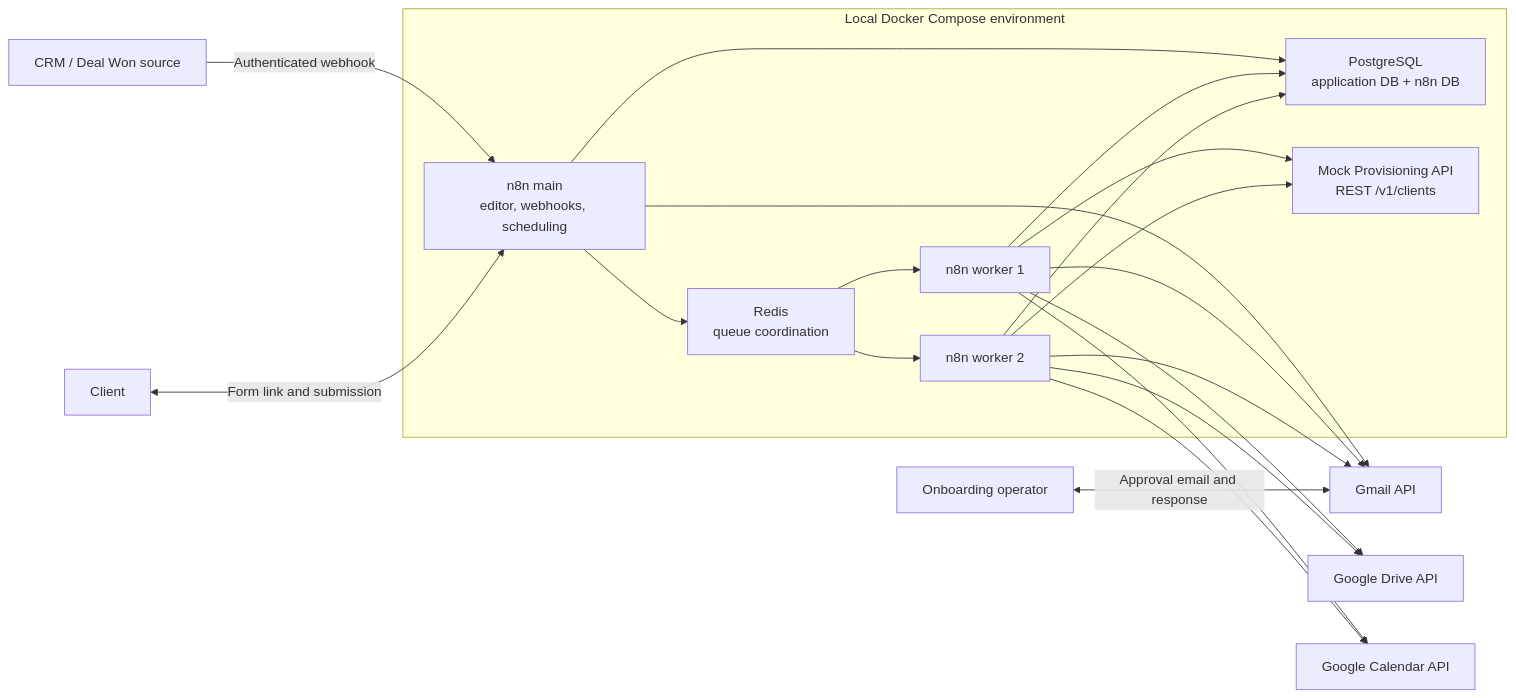
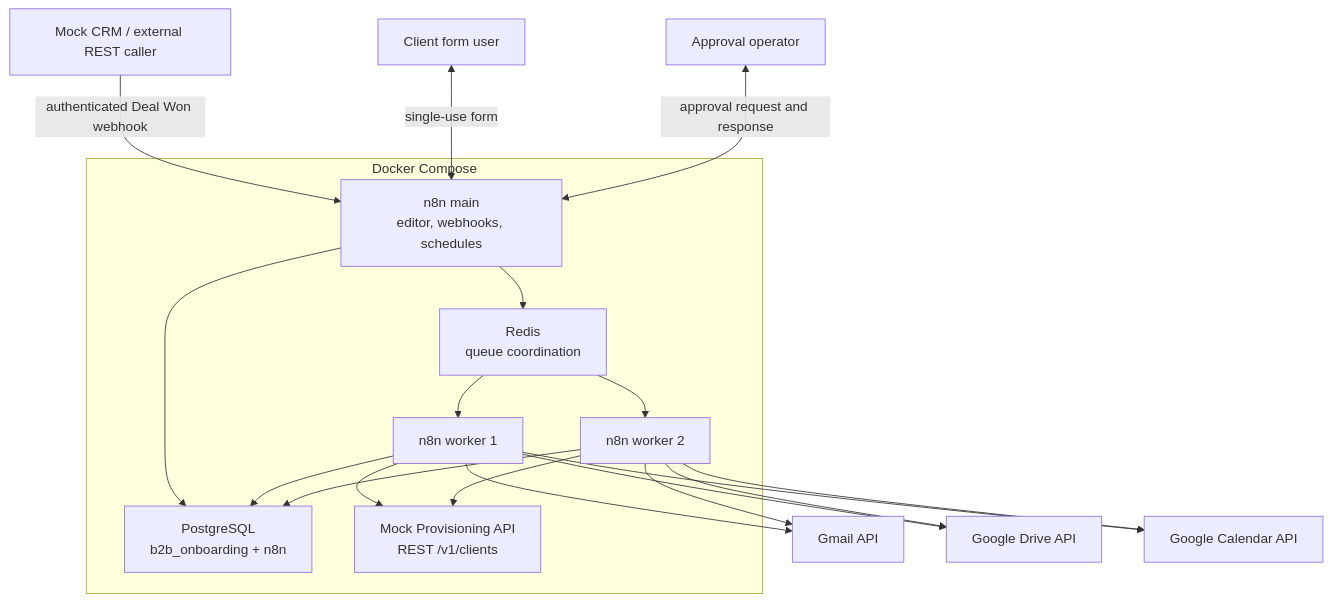
One commit to Pokhyl/b2b-client-onboarding-platform changed the second of 2 diagrams in README.md. Above: the diagram before and after it, drawn with Mermaid. The commit also changed other lines of this file, not shown here.

````diff
--- a/README.md
+++ b/README.md
@@ -88,32 +130,35 @@
 ```mermaid
-flowchart LR
-    CRM["CRM / Deal Won source"] -->|Authenticated webhook| MAIN
-    CLIENT["Client"] <-->|Form link and submission| MAIN
-    OPERATOR["Onboarding operator"] <-->|Approval email and response| GMAIL
+flowchart TB
+    CRM["Mock CRM / external REST caller"]
+    CLIENT["Client form user"]
+    OPERATOR["Approval operator"]
 
-    subgraph COMPOSE["Local Docker Compose environment"]
-        MAIN["n8n main\neditor, webhooks, scheduling"]
-        REDIS["Redis\nqueue coordination"]
-        WORKER1["n8n worker 1"]
-        WORKER2["n8n worker 2"]
-        PG["PostgreSQL\napplication DB + n8n DB"]
-        API["Mock Provisioning API\nREST /v1/clients"]
+    subgraph STACK["Docker Compose"]
+        MAIN["n8n main<br/>editor, webhooks, schedules"]
+        REDIS["Redis<br/>queue coordination"]
+        W1["n8n worker 1"]
+        W2["n8n worker 2"]
+        PG["PostgreSQL<br/>b2b_onboarding + n8n"]
+        MOCK["Mock Provisioning API<br/>REST /v1/clients"]
 
         MAIN --> REDIS
-        REDIS --> WORKER1
-        REDIS --> WORKER2
+        REDIS --> W1
+        REDIS --> W2
         MAIN --> PG
-        WORKER1 --> PG
-        WORKER2 --> PG
-        WORKER1 --> API
-        WORKER2 --> API
+        W1 --> PG
+        W2 --> PG
+        W1 --> MOCK
+        W2 --> MOCK
     end
 
-    MAIN --> GMAIL["Gmail API"]
-    WORKER1 --> GMAIL
-    WORKER2 --> GMAIL
-    WORKER1 --> DRIVE["Google Drive API"]
-    WORKER2 --> DRIVE
-    WORKER1 --> CALENDAR["Google Calendar API"]
-    WORKER2 --> CALENDAR
+    CRM -->|"authenticated Deal Won webhook"| MAIN
+    CLIENT <-->|"single-use form"| MAIN
+    OPERATOR <-->|"approval request and response"| MAIN
+
+    W1 --> GMAIL["Gmail API"]
+    W2 --> GMAIL
+    W1 --> DRIVE["Google Drive API"]
+    W2 --> DRIVE
+    W1 --> CAL["Google Calendar API"]
+    W2 --> CAL
 ```
````
